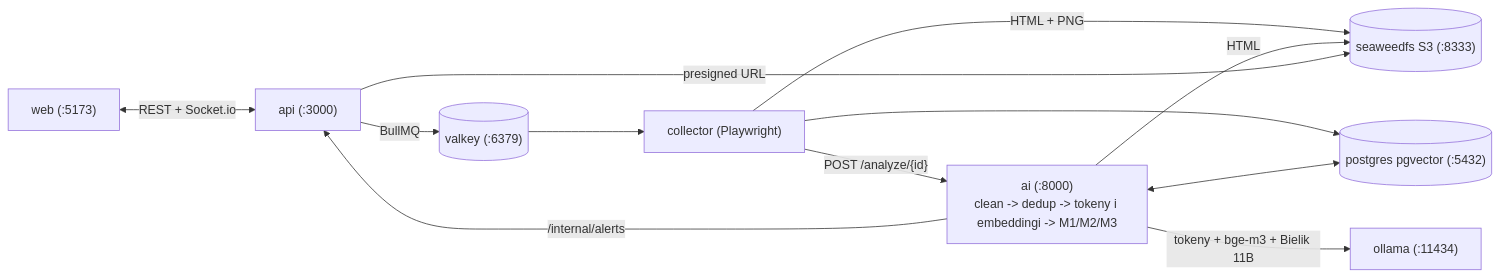
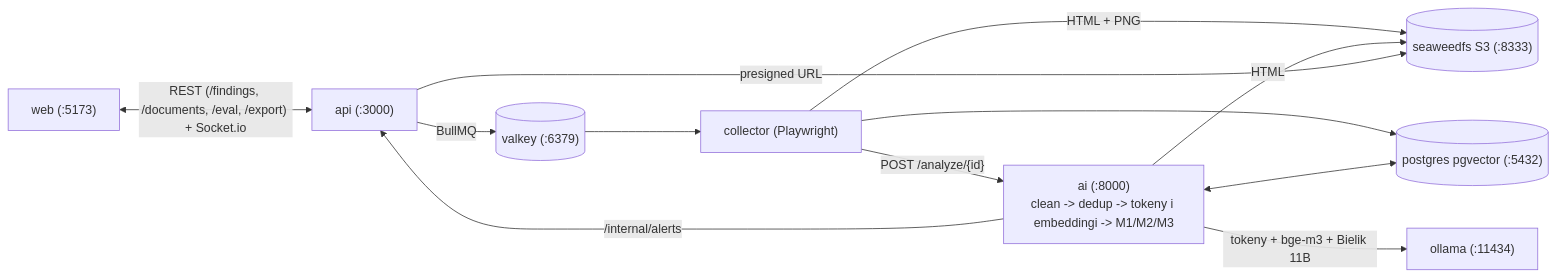
The diagram in presentation/slides.md (KacperBartlomiejczak/Hackathon), drawn with Mermaid before and after one commit. The commit also changed other lines of this file and 10 other files, not shown here.

````diff
--- a/presentation/slides.md
+++ b/presentation/slides.md
@@ -22,14 +22,14 @@
 ```mermaid
 flowchart LR
-  web["web (:5173)"] <-- "REST + Socket.io" --> api["api (:3000)"]
+  web["web (:5173)"] <-- "REST (/findings, /documents, /eval, /export) + Socket.io" --> api["api (:3000)"]
   api -- "BullMQ" --> valkey[("valkey (:6379)")]
   valkey --> collector["collector (Playwright)"]
   collector -- "HTML + PNG" --> s3[("seaweedfs S3 (:8333)")]
   collector --> pg[("postgres pgvector (:5432)")]
   collector -- "POST /analyze/{id}" --> ai["ai (:8000)<br/>clean -> dedup -> tokeny i embeddingi -> M1/M2/M3"]
   ai <--> pg
   ai -- "HTML" --> s3
   ai -- "tokeny + bge-m3 + Bielik 11B" --> ollama["ollama (:11434)"]
   ai -- "/internal/alerts" --> api
   api -- "presigned URL" --> s3
 ```
````
